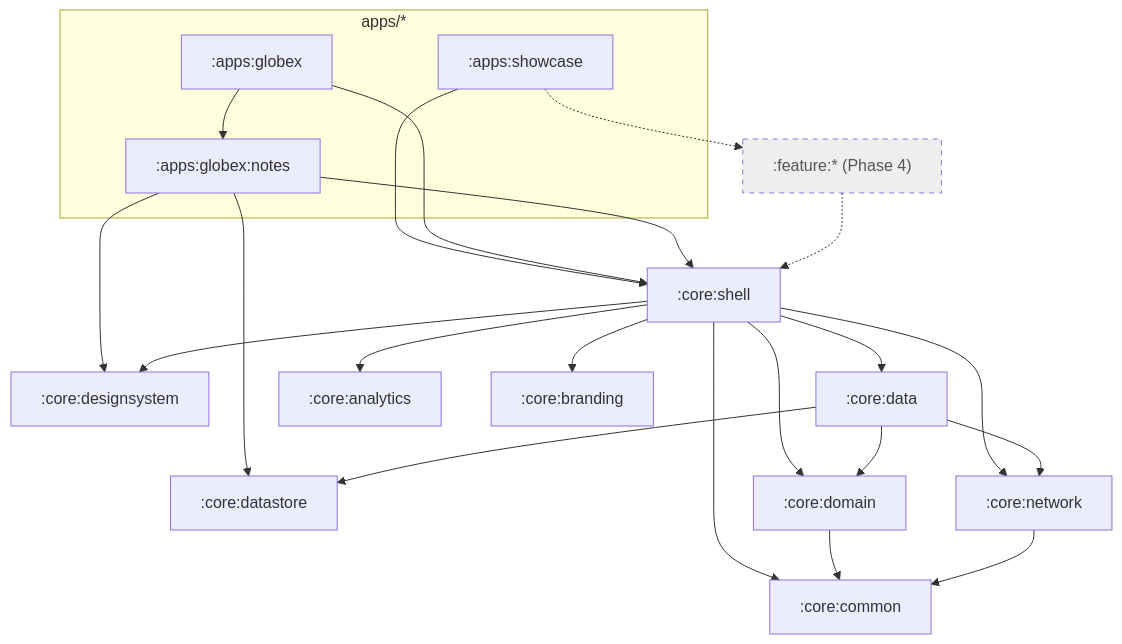
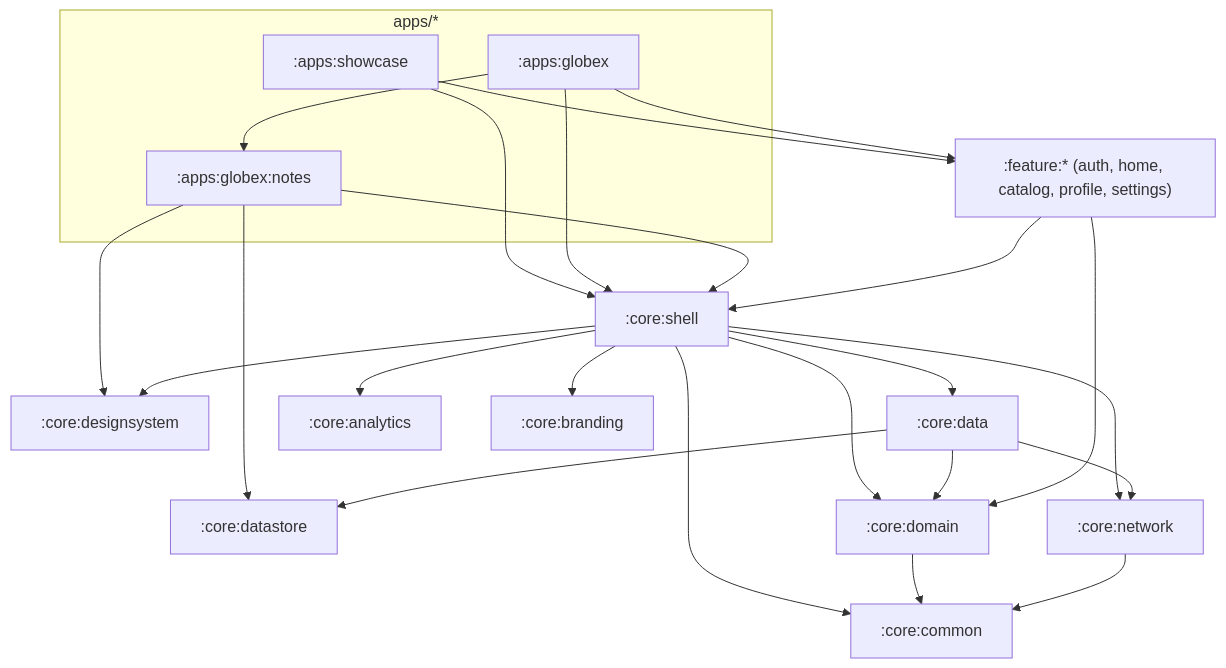
Before and after one commit to zakaria-hajja/whitelabel-app-kit: the diagram in docs/architecture.md, drawn with Mermaid. The commit also changed other lines of this file and 16 other files, not shown here.

Commit message:
feat(catalog): catalog screens and deep link in showcase

````diff
--- a/docs/architecture.md
+++ b/docs/architecture.md
@@ -40,41 +39,42 @@
 ```mermaid
 flowchart TD
     subgraph apps["apps/*"]
         showcase[":apps:showcase"]
         globex[":apps:globex"]
         notes[":apps:globex:notes"]
     end
     shell[":core:shell"]
     ds[":core:designsystem"]
     datastore[":core:datastore"]
     data[":core:data"]
     domain[":core:domain"]
     analytics[":core:analytics"]
     network[":core:network"]
     branding[":core:branding"]
     common[":core:common"]
-    features[":feature:* (Phase 4)"]:::planned
+    features[":feature:* (auth, home, catalog, profile, settings)"]
 
     showcase --> shell
     globex --> shell
     globex --> notes
     notes --> shell
     notes --> ds
     notes --> datastore
     shell --> branding
     shell --> network
     shell --> ds
     shell --> common
     shell --> data
     shell --> domain
     shell --> analytics
     data --> domain
     data --> network
     data --> datastore
     domain --> common
     network --> common
-    showcase -.-> features
-    features -.-> shell
+    showcase --> features
+    globex --> features
+    features --> shell
+    features --> domain
 
-    classDef planned stroke-dasharray: 5 5,fill:#eee,color:#555
 ```
````
